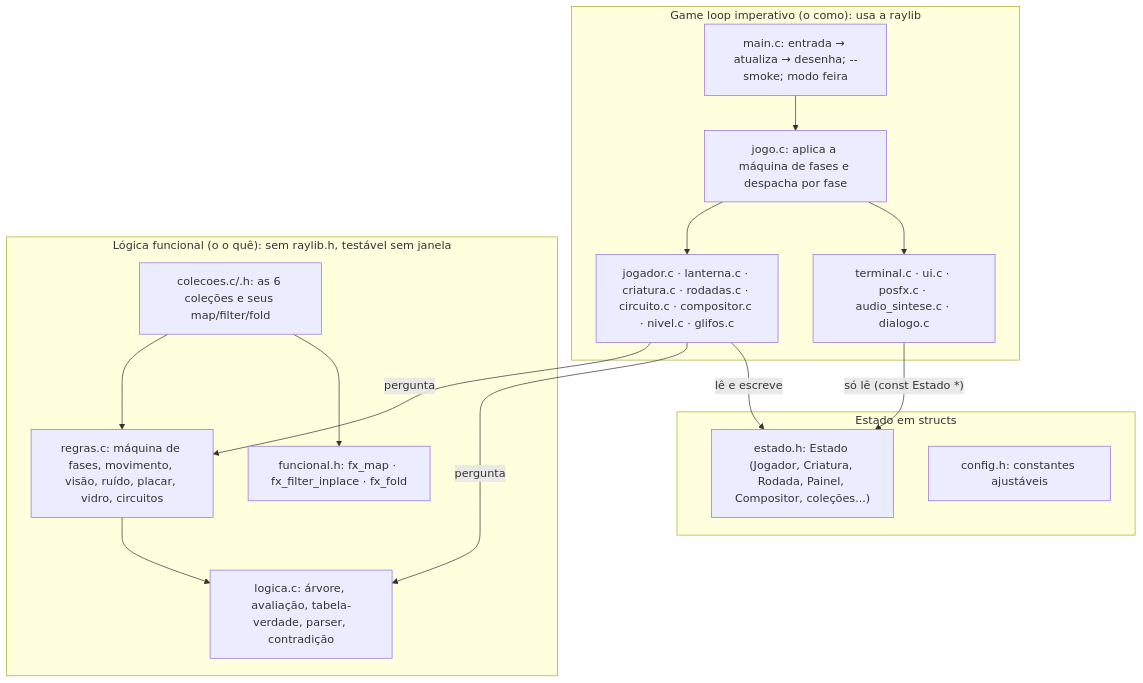
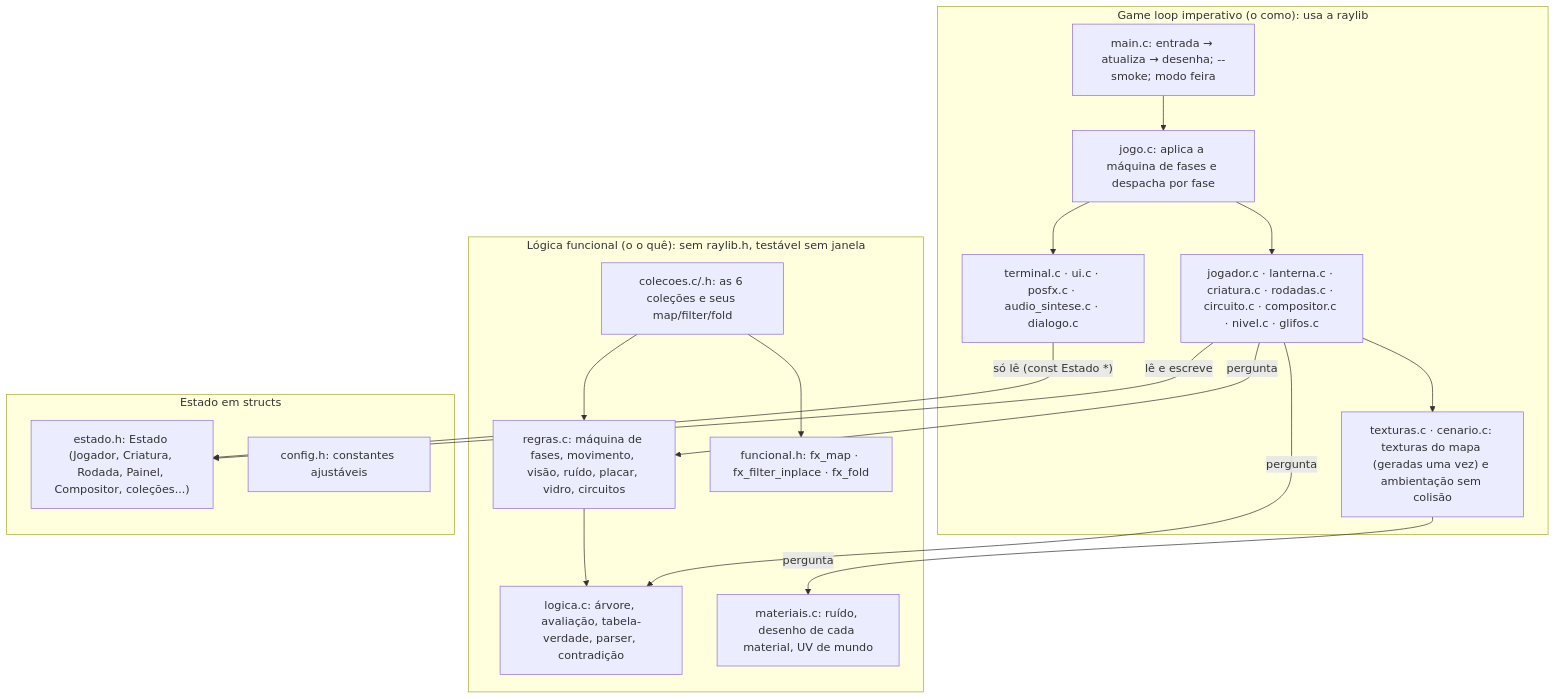
One commit to Cgroup-cesar/projeto-integrador-jogo changed the first of 2 diagrams in docs/ARQUITETURA.md. Above: the diagram before and after it, drawn with Mermaid. The commit also changed other lines of this file, not shown here.

Commit message:
docs: arquitetura com os módulos e a ordem de desenho

````diff
--- a/docs/ARQUITETURA.md
+++ b/docs/ARQUITETURA.md
@@ -5,28 +5,32 @@
 ```mermaid
 flowchart TB
     subgraph LOOP["Game loop imperativo (o como): usa a raylib"]
         main["main.c: entrada → atualiza → desenha; --smoke; modo feira"]
         jogo["jogo.c: aplica a máquina de fases e despacha por fase"]
         mods["jogador.c · lanterna.c · criatura.c · rodadas.c · circuito.c · compositor.c · nivel.c · glifos.c"]
+        arte["texturas.c · cenario.c: texturas do mapa (geradas uma vez) e ambientação sem colisão"]
         tela["terminal.c · ui.c · posfx.c · audio_sintese.c · dialogo.c"]
     end
     subgraph DECIDE["Lógica funcional (o o quê): sem raylib.h, testável sem janela"]
         logica["logica.c: árvore, avaliação, tabela-verdade, parser, contradição"]
         regras["regras.c: máquina de fases, movimento, visão, ruído, placar, vidro, circuitos"]
+        mat["materiais.c: ruído, desenho de cada material, UV de mundo"]
         fx["funcional.h: fx_map · fx_filter_inplace · fx_fold"]
         col["colecoes.c/.h: as 6 coleções e seus map/filter/fold"]
     end
     subgraph ESTADO["Estado em structs"]
         est["estado.h: Estado (Jogador, Criatura, Rodada, Painel, Compositor, coleções...)"]
         cfg["config.h: constantes ajustáveis"]
     end
     main --> jogo --> mods
     jogo --> tela
     mods -->|"pergunta"| regras
     mods -->|"pergunta"| logica
+    mods --> arte
+    arte -->|"pergunta"| mat
     regras --> logica
     col --> regras
     col --> fx
     mods -->|"lê e escreve"| est
     tela -->|"só lê (const Estado *)"| est
 ```
````
